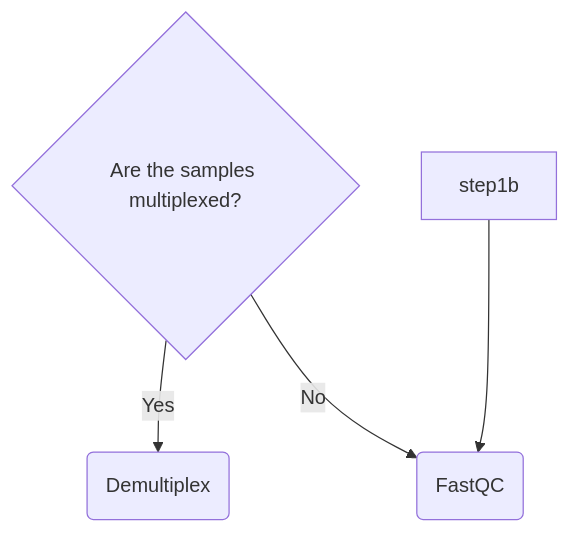
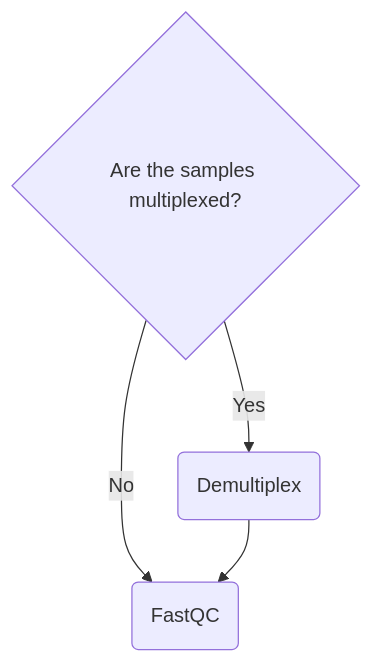
One commit to chelauk/nf-core-demultiplex-methylation changed the diagram in docs/usage.md. Above: the diagram before and after it, drawn with Mermaid.

````diff
--- a/docs/usage.md
+++ b/docs/usage.md
@@ -7,7 +7,7 @@
 ```mermaid
 flowchart TD
 step1{Are the samples multiplexed?}
 step1 -->|Yes| step1a(Demultiplex)
 step1 -->|No| step2(FastQC)
-step1b --> step2(FastQC)
+step1a --> step2(FastQC)
 ```
````
